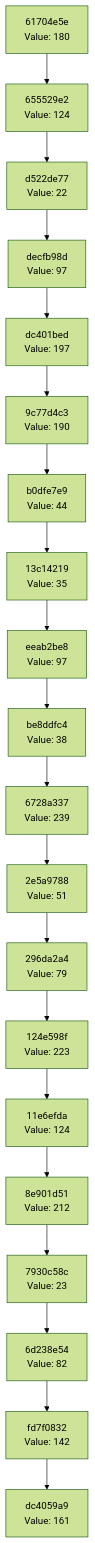
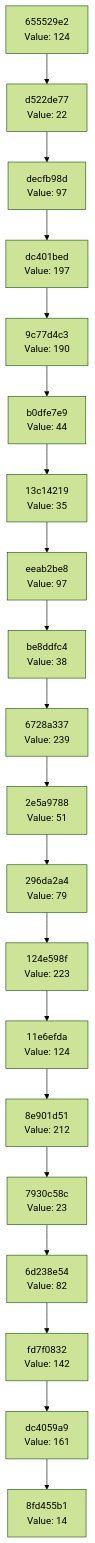
One commit to Abhisheksinha1506/hash-chain-evolver changed the diagram in docs/CHAIN_VISUALIZATION.md. Above: the diagram before and after it, drawn with Mermaid (forest theme). The commit also changed 3 other files, not shown here.

````diff
--- a/docs/CHAIN_VISUALIZATION.md
+++ b/docs/CHAIN_VISUALIZATION.md
@@ -3,42 +3,42 @@
 ```mermaid
 graph TD
-    C0["dc4059a9<br/>Value: 161"]
-    C1["fd7f0832<br/>Value: 142"]
+    C0["8fd455b1<br/>Value: 14"]
+    C1["dc4059a9<br/>Value: 161"]
     C1 --> C0
-    C2["6d238e54<br/>Value: 82"]
+    C2["fd7f0832<br/>Value: 142"]
     C2 --> C1
-    C3["7930c58c<br/>Value: 23"]
+    C3["6d238e54<br/>Value: 82"]
     C3 --> C2
-    C4["8e901d51<br/>Value: 212"]
+    C4["7930c58c<br/>Value: 23"]
     C4 --> C3
-    C5["11e6efda<br/>Value: 124"]
+    C5["8e901d51<br/>Value: 212"]
     C5 --> C4
-    C6["124e598f<br/>Value: 223"]
+    C6["11e6efda<br/>Value: 124"]
     C6 --> C5
-    C7["296da2a4<br/>Value: 79"]
+    C7["124e598f<br/>Value: 223"]
     C7 --> C6
-    C8["2e5a9788<br/>Value: 51"]
+    C8["296da2a4<br/>Value: 79"]
     C8 --> C7
-    C9["6728a337<br/>Value: 239"]
+    C9["2e5a9788<br/>Value: 51"]
     C9 --> C8
-    C10["be8ddfc4<br/>Value: 38"]
+    C10["6728a337<br/>Value: 239"]
     C10 --> C9
-    C11["eeab2be8<br/>Value: 97"]
+    C11["be8ddfc4<br/>Value: 38"]
     C11 --> C10
-    C12["13c14219<br/>Value: 35"]
+    C12["eeab2be8<br/>Value: 97"]
     C12 --> C11
-    C13["b0dfe7e9<br/>Value: 44"]
+    C13["13c14219<br/>Value: 35"]
     C13 --> C12
-    C14["9c77d4c3<br/>Value: 190"]
+    C14["b0dfe7e9<br/>Value: 44"]
     C14 --> C13
-    C15["dc401bed<br/>Value: 197"]
+    C15["9c77d4c3<br/>Value: 190"]
     C15 --> C14
-    C16["decfb98d<br/>Value: 97"]
+    C16["dc401bed<br/>Value: 197"]
     C16 --> C15
-    C17["d522de77<br/>Value: 22"]
+    C17["decfb98d<br/>Value: 97"]
     C17 --> C16
-    C18["655529e2<br/>Value: 124"]
+    C18["d522de77<br/>Value: 22"]
     C18 --> C17
-    C19["61704e5e<br/>Value: 180"]
+    C19["655529e2<br/>Value: 124"]
     C19 --> C18
 ```
````
